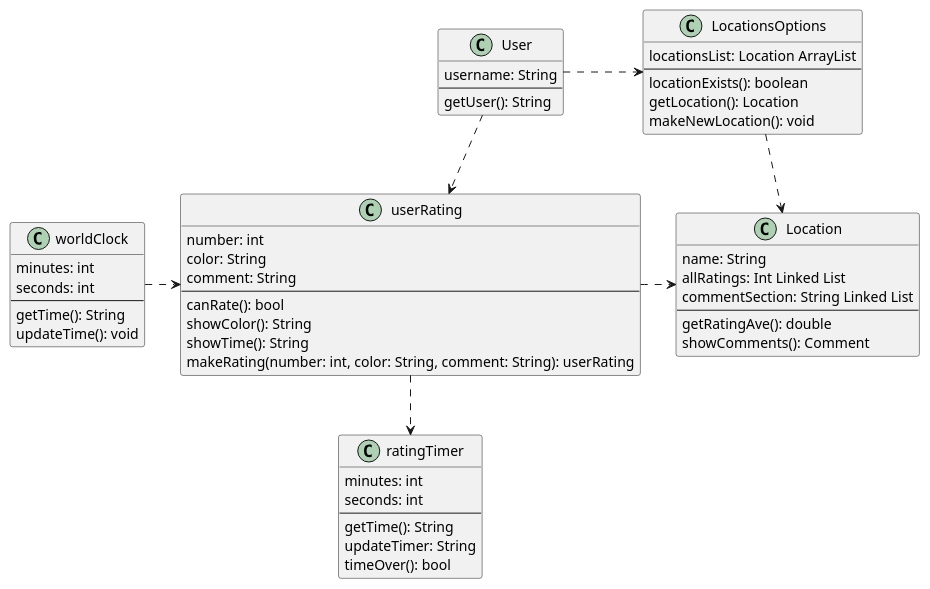
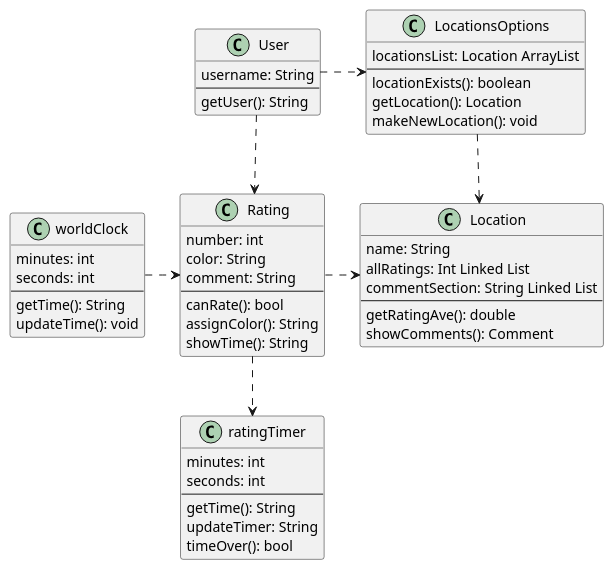
One commit to manoushpajouh/Vassar-Crowdmeter changed the second of 4 diagrams in intellij/documentation/design.md. Above: the diagram before and after it, drawn with PlantUML. The commit also changed other lines of this file, not shown here.

Commit message:
edited design doc diagrams

````diff
--- a/intellij/documentation/design.md
+++ b/intellij/documentation/design.md
@@ -56,64 +56,63 @@
 ```plantuml
 @startuml
 
 class User{
 username: String
 --
 getUser(): String
 }
 
-class userRating{
+class Rating{
 number: int
 color: String
 comment: String
 --
 canRate(): bool
-showColor(): String 
+assignColor(): String 
 showTime(): String
-makeRating(number: int, color: String, comment: String): userRating
 }
 
 class LocationsOptions{
 locationsList: Location ArrayList 
 --
 locationExists(): boolean
 getLocation(): Location
 makeNewLocation(): void
 }
 
 class Location {
 name: String
 allRatings: Int Linked List 
 commentSection: String Linked List 
 --
 getRatingAve(): double
 showComments(): Comment
 }
 
 class ratingTimer{
 minutes: int
 seconds: int
 --
 getTime(): String 
 updateTimer: String
 timeOver(): bool
 }
 
 class worldClock{
 minutes: int
 seconds: int
 --
 getTime(): String
 updateTime(): void
 }
 
 
-User .down.> userRating
+User .down.> Rating
 User .> LocationsOptions
-userRating .right.> Location
+Rating .right.> Location
 LocationsOptions .down.> Location
-userRating .down.> ratingTimer
-worldClock .right.> userRating
+Rating .down.> ratingTimer
+worldClock .right.> Rating
 
 @enduml
 ```
````
